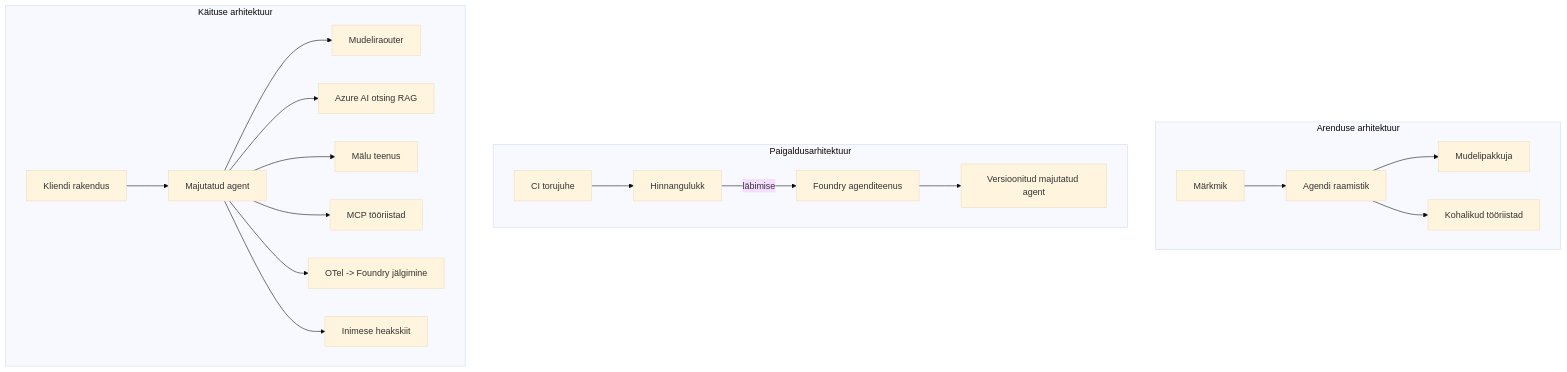
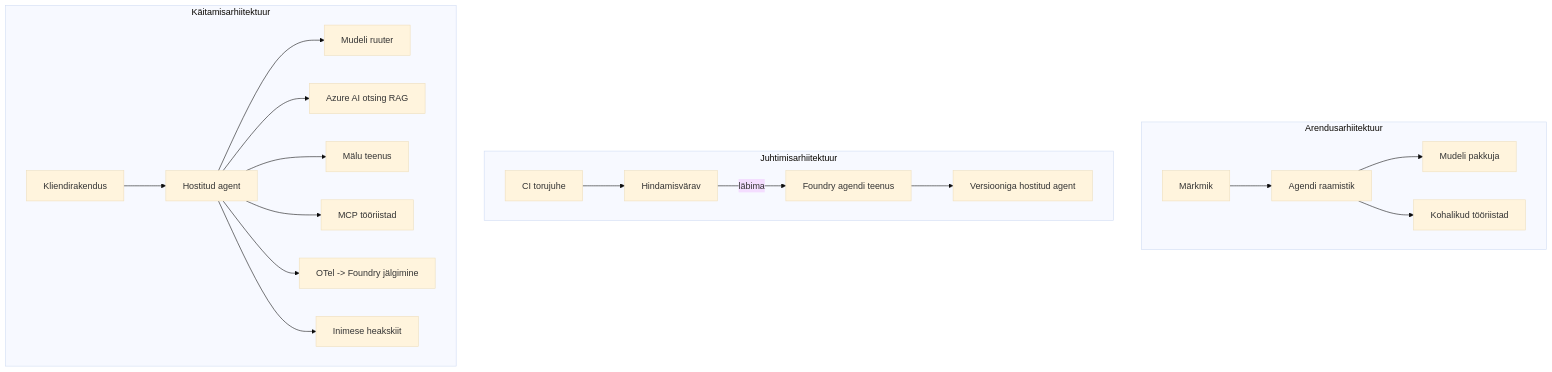
Before and after one commit to microsoft/ai-agents-for-beginners: the fourth of 4 diagrams in translations/et/16-deploying-scalable-agents/README.md, drawn with Mermaid (base theme). The commit also changed other lines of this file and 46 other files, not shown here.

````diff
--- a/translations/et/16-deploying-scalable-agents/README.md
+++ b/translations/et/16-deploying-scalable-agents/README.md
@@ -185,22 +185,22 @@
 ```mermaid
 flowchart TB
-    subgraph Dev[Arenduse arhitektuur]
+    subgraph Dev[Arendusarhiitektuur]
         D1[Märkmik] --> D2[Agendi raamistik]
-        D2 --> D3[Mudelipakkuja]
+        D2 --> D3[Mudeli pakkuja]
         D2 --> D4[Kohalikud tööriistad]
     end
-    subgraph Deploy[Paigaldusarhitektuur]
-        E1[CI torujuhe] --> E2[Hinnangulukk]
-        E2 -->|läbimise| E3[Foundry agenditeenus]
-        E3 --> E4[Versioonitud majutatud agent]
+    subgraph Deploy[Juhtimisarhiitektuur]
+        E1[CI torujuhe] --> E2[Hindamisvärav]
+        E2 -->|läbima| E3[Foundry agendi teenus]
+        E3 --> E4[Versiooniga hostitud agent]
     end
-    subgraph Run[Käituse arhitektuur]
-        F1[Kliendi rakendus] --> F2[Majutatud agent]
-        F2 --> F3[Mudeliraouter]
+    subgraph Run[Käitamisarhiitektuur]
+        F1[Kliendirakendus] --> F2[Hostitud agent]
+        F2 --> F3[Mudeli ruuter]
         F2 --> F4[Azure AI otsing RAG]
         F2 --> F5[Mälu teenus]
         F2 --> F6[MCP tööriistad]
         F2 --> F7[OTel -> Foundry jälgimine]
         F2 --> F8[Inimese heakskiit]
     end
 ```
````
